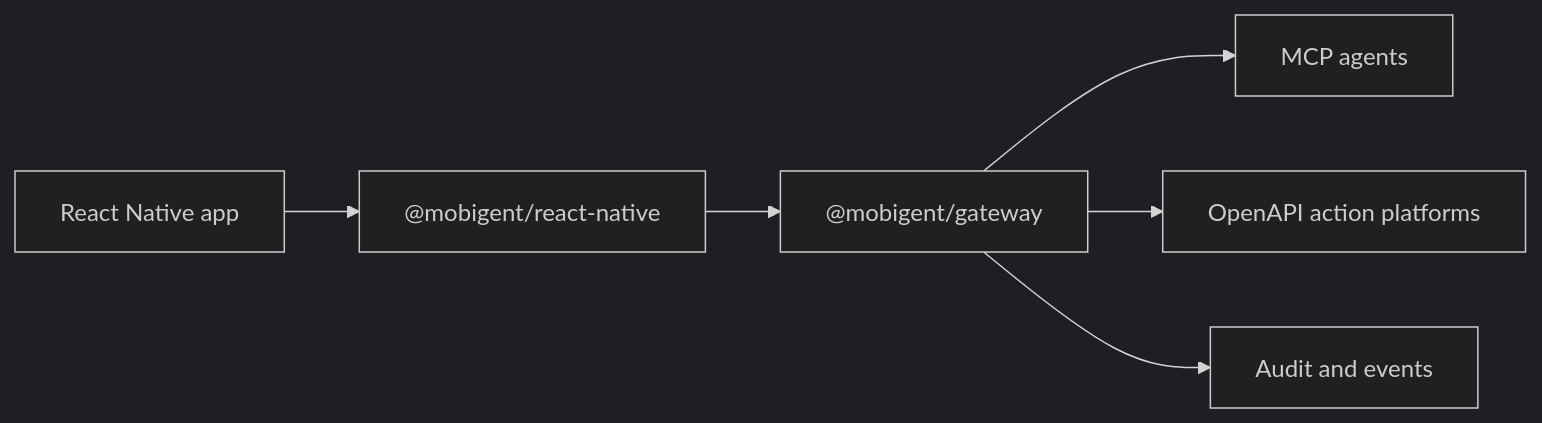
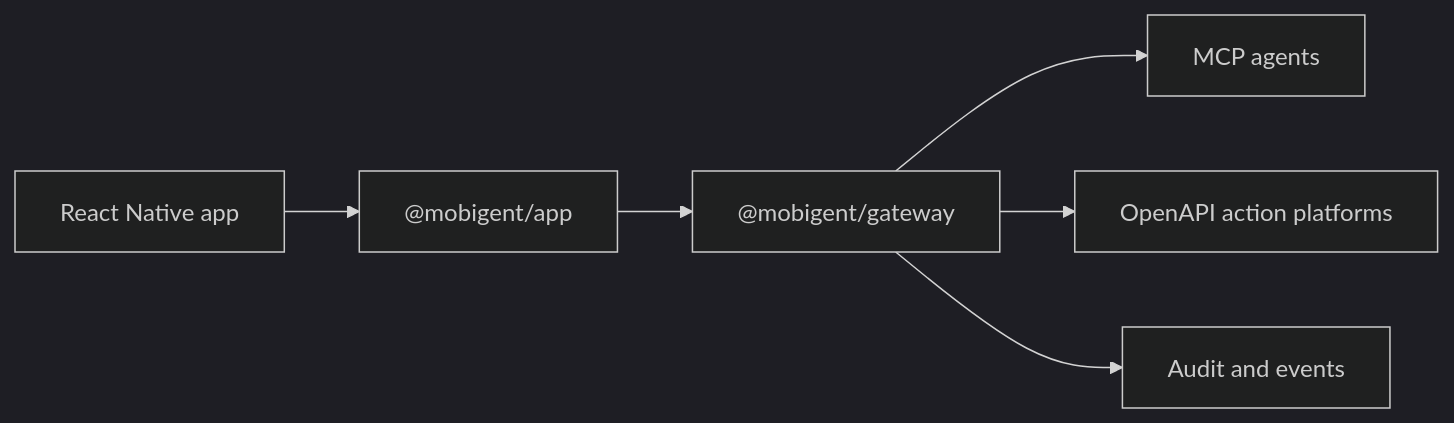
The diagram in apps/docs/docs/intro.md (mobigent/mobigent), drawn with Mermaid (dark theme) before and after one commit. The commit also changed 45 other files, not shown here.

Commit message:
Add app-side Mobigent package

````diff
--- a/apps/docs/docs/intro.md
+++ b/apps/docs/docs/intro.md
@@ -21,8 +21,8 @@
 ```mermaid
 flowchart LR
-  App["React Native app"] --> SDK["@mobigent/react-native"]
+  App["React Native app"] --> SDK["@mobigent/app"]
   SDK --> Gateway["@mobigent/gateway"]
   Gateway --> MCP["MCP agents"]
   Gateway --> OpenAPI["OpenAPI action platforms"]
   Gateway --> Logs["Audit and events"]
 ```
````
